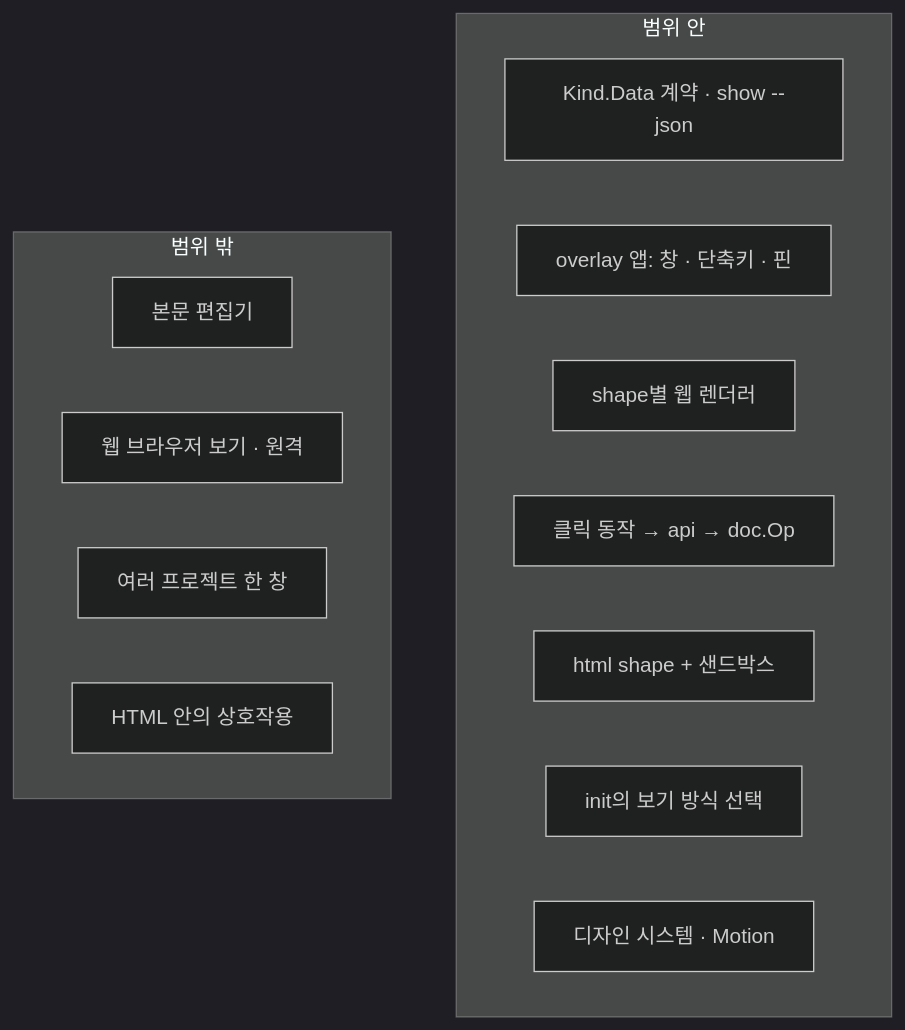
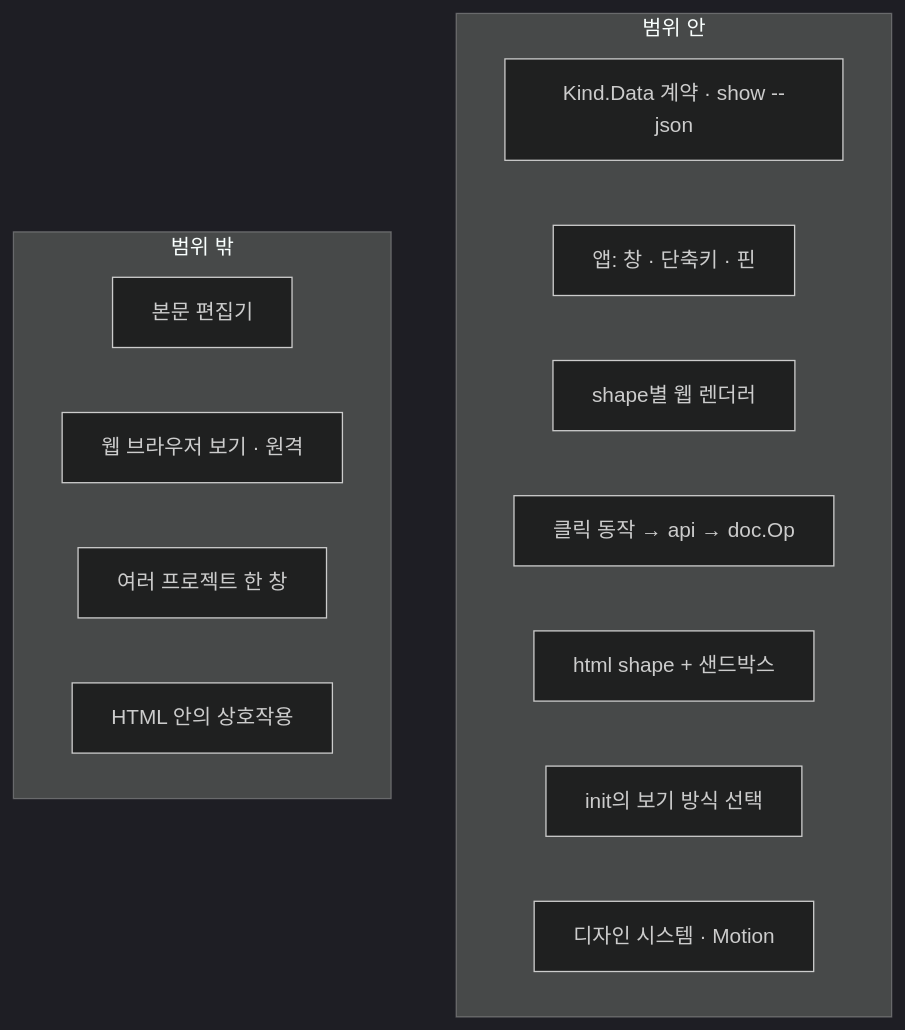
Before and after one commit to LeeSwallow/stickypane: the diagram in docs/desktop/01-product-overview.md, drawn with Mermaid (dark theme). The commit also changed other lines of this file and 36 other files, not shown here.

````diff
--- a/docs/desktop/01-product-overview.md
+++ b/docs/desktop/01-product-overview.md
@@ -103,18 +103,18 @@
 ```mermaid
 flowchart TB
   subgraph in["범위 안"]
     i1["Kind.Data 계약 · show --json"]
-    i2["overlay 앱: 창 · 단축키 · 핀"]
+    i2["앱: 창 · 단축키 · 핀"]
     i3["shape별 웹 렌더러"]
     i4["클릭 동작 → api → doc.Op"]
     i5["html shape + 샌드박스"]
     i6["init의 보기 방식 선택"]
     i7["디자인 시스템 · Motion"]
   end
   subgraph out["범위 밖"]
     o1["본문 편집기"]
     o2["웹 브라우저 보기 · 원격"]
     o3["여러 프로젝트 한 창"]
     o4["HTML 안의 상호작용"]
   end
 ```
````
